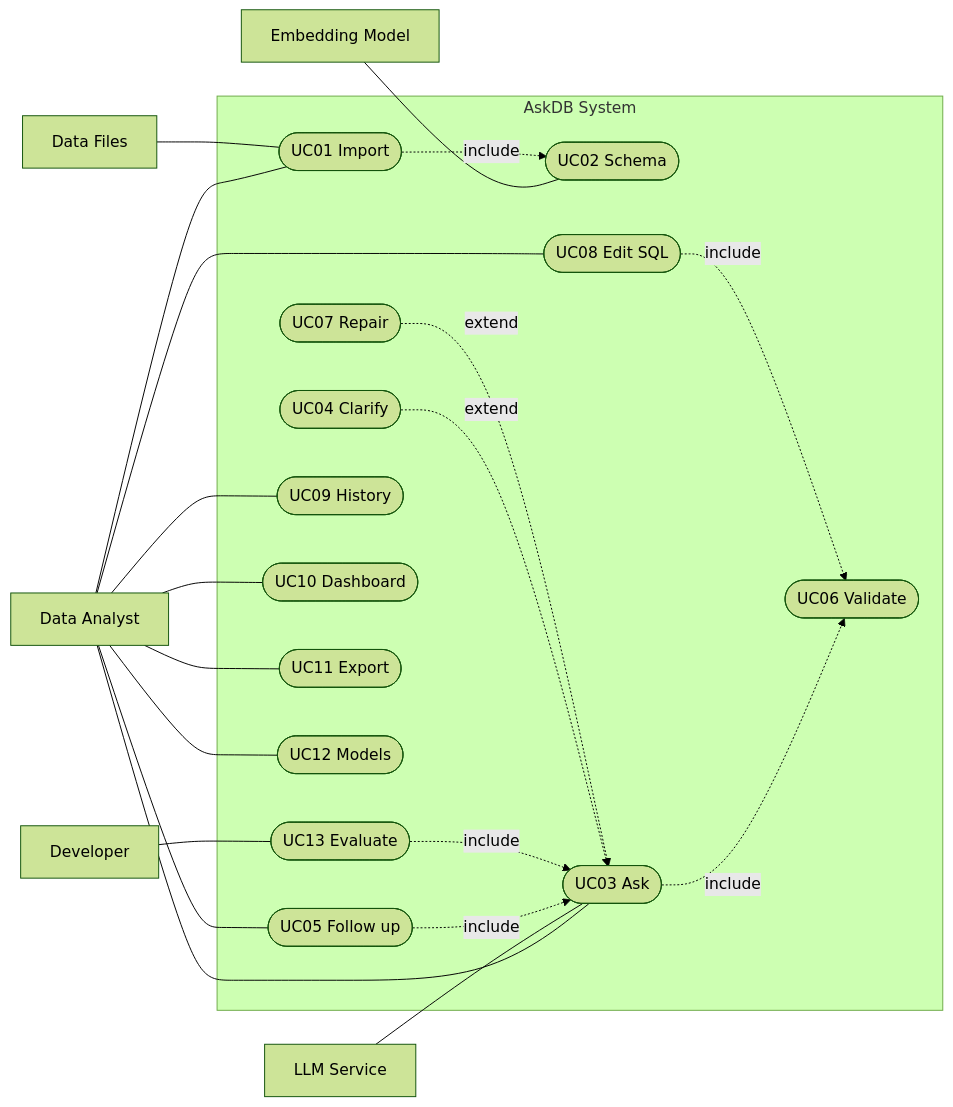
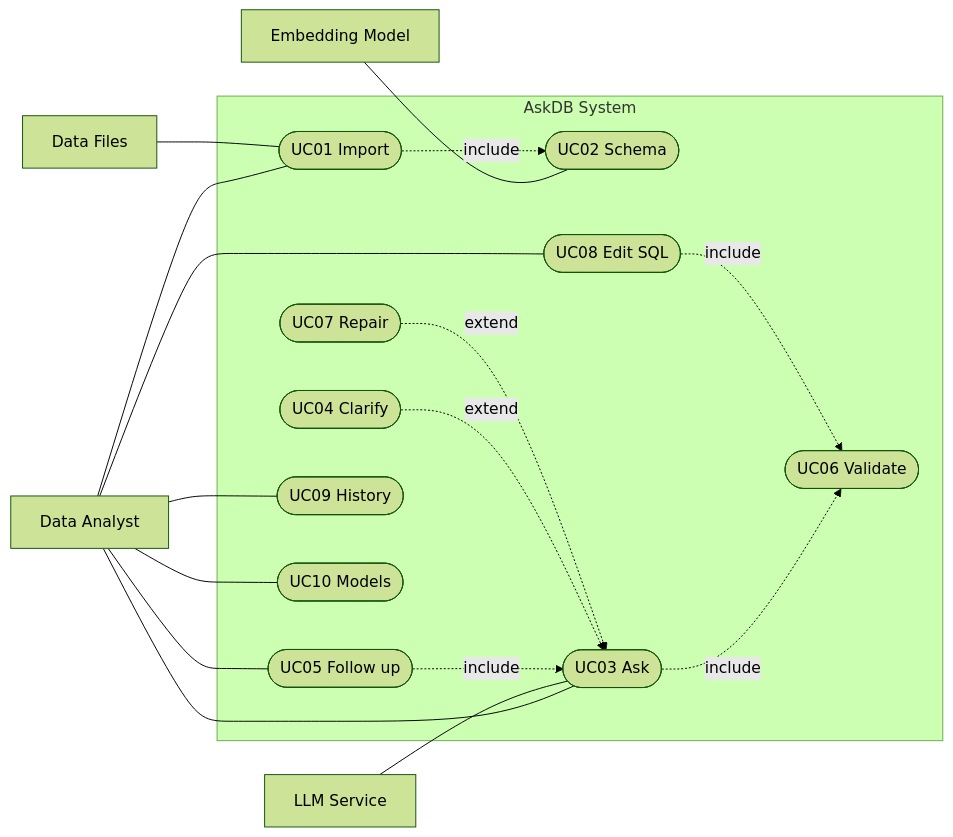
The sixth of 13 diagrams in docs/Stage1_Design_Report.md (krishi-shah/AskDB-Data-Analyst-Agent), drawn with Mermaid (forest theme) before and after one commit. The commit also changed other lines of this file, not shown here.

````diff
--- a/docs/Stage1_Design_Report.md
+++ b/docs/Stage1_Design_Report.md
@@ -794,45 +725,37 @@
 ```mermaid
 flowchart LR
     analyst["Data Analyst"]
-    dev["Developer"]
     llm["LLM Service"]
     files["Data Files"]
     embed["Embedding Model"]
 
     subgraph sys["AskDB System"]
         UC01(["UC01 Import"])
         UC02(["UC02 Schema"])
         UC03(["UC03 Ask"])
         UC04(["UC04 Clarify"])
         UC05(["UC05 Follow up"])
         UC06(["UC06 Validate"])
         UC07(["UC07 Repair"])
         UC08(["UC08 Edit SQL"])
         UC09(["UC09 History"])
-        UC10(["UC10 Dashboard"])
-        UC11(["UC11 Export"])
-        UC12(["UC12 Models"])
-        UC13(["UC13 Evaluate"])
+        UC10(["UC10 Models"])
     end
 
     analyst --- UC01
     analyst --- UC03
     analyst --- UC05
     analyst --- UC08
     analyst --- UC09
     analyst --- UC10
-    analyst --- UC11
-    analyst --- UC12
-    dev --- UC13
     files --- UC01
     llm --- UC03
     embed --- UC02
 
     UC01 -.->|include| UC02
     UC03 -.->|include| UC06
     UC08 -.->|include| UC06
     UC05 -.->|include| UC03
-    UC13 -.->|include| UC03
     UC04 -.->|extend| UC03
     UC07 -.->|extend| UC03
 ```
````
